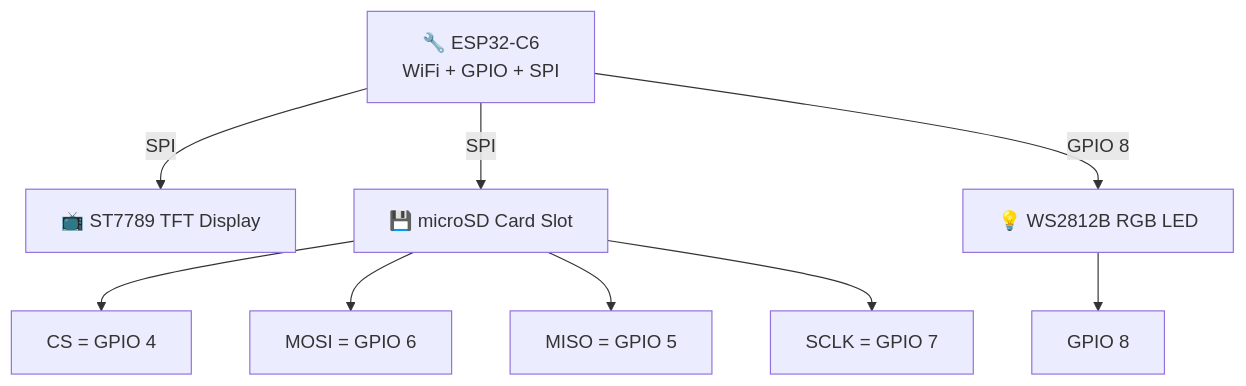
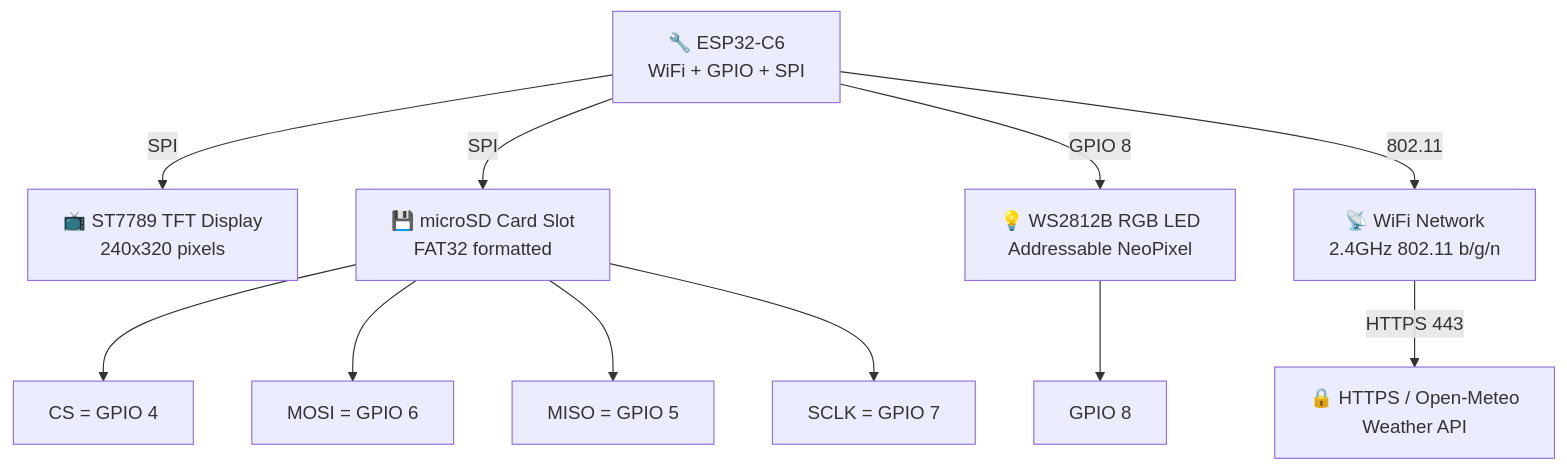
One commit to paulocfmarques-collab/esp32C6 changed the fifth of 12 diagrams in README.md. Above: the diagram before and after it, drawn with Mermaid. The commit also changed other lines of this file, not shown here.

````diff
--- a/README.md
+++ b/README.md
@@ -206,25 +345,29 @@
 ```mermaid
 graph TD
     ESP32["🔧 ESP32-C6<br/>WiFi + GPIO + SPI"]
     
-    TFT["📺 ST7789 TFT Display"]
-    SD["💾 microSD Card Slot"]
-    LED["💡 WS2812B RGB LED"]
+    TFT["📺 ST7789 TFT Display<br/>240x320 pixels"]
+    SD["💾 microSD Card Slot<br/>FAT32 formatted"]
+    LED["💡 WS2812B RGB LED<br/>Addressable NeoPixel"]
+    WIFI["📡 WiFi Network<br/>2.4GHz 802.11 b/g/n"]
+    HTTPS["🔒 HTTPS / Open-Meteo<br/>Weather API"]
     
     ESP32 -->|SPI| TFT
     ESP32 -->|SPI| SD
     ESP32 -->|GPIO 8| LED
+    ESP32 -->|802.11| WIFI
+    WIFI -->|HTTPS 443| HTTPS
     
     SD_CS["CS = GPIO 4"]
     SD_MOSI["MOSI = GPIO 6"]
     SD_MISO["MISO = GPIO 5"]
     SD_SCLK["SCLK = GPIO 7"]
     
     SD --> SD_CS
     SD --> SD_MOSI
     SD --> SD_MISO
     SD --> SD_SCLK
     
     LED_GPIO["GPIO 8"]
     LED --> LED_GPIO
 ```
````
